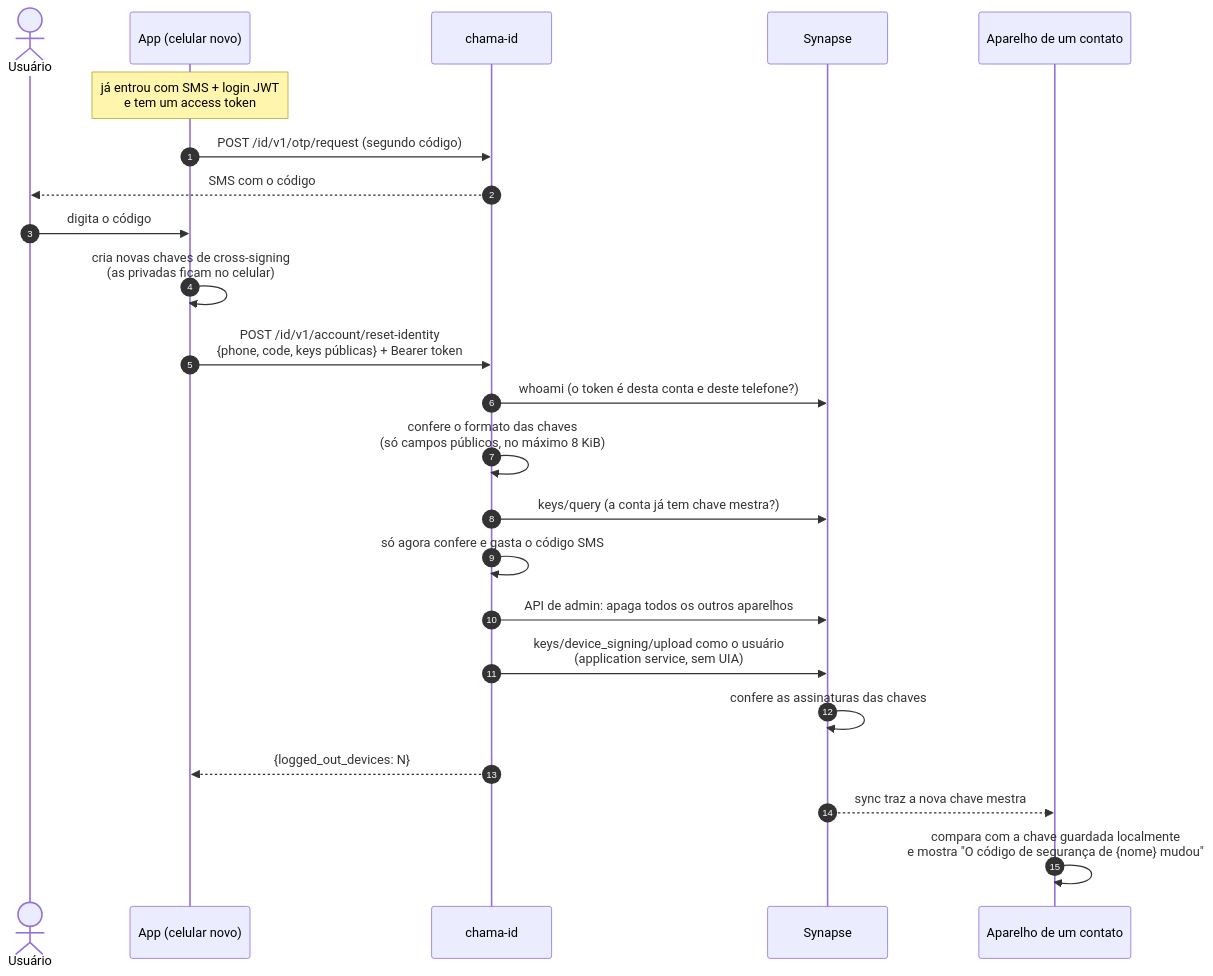
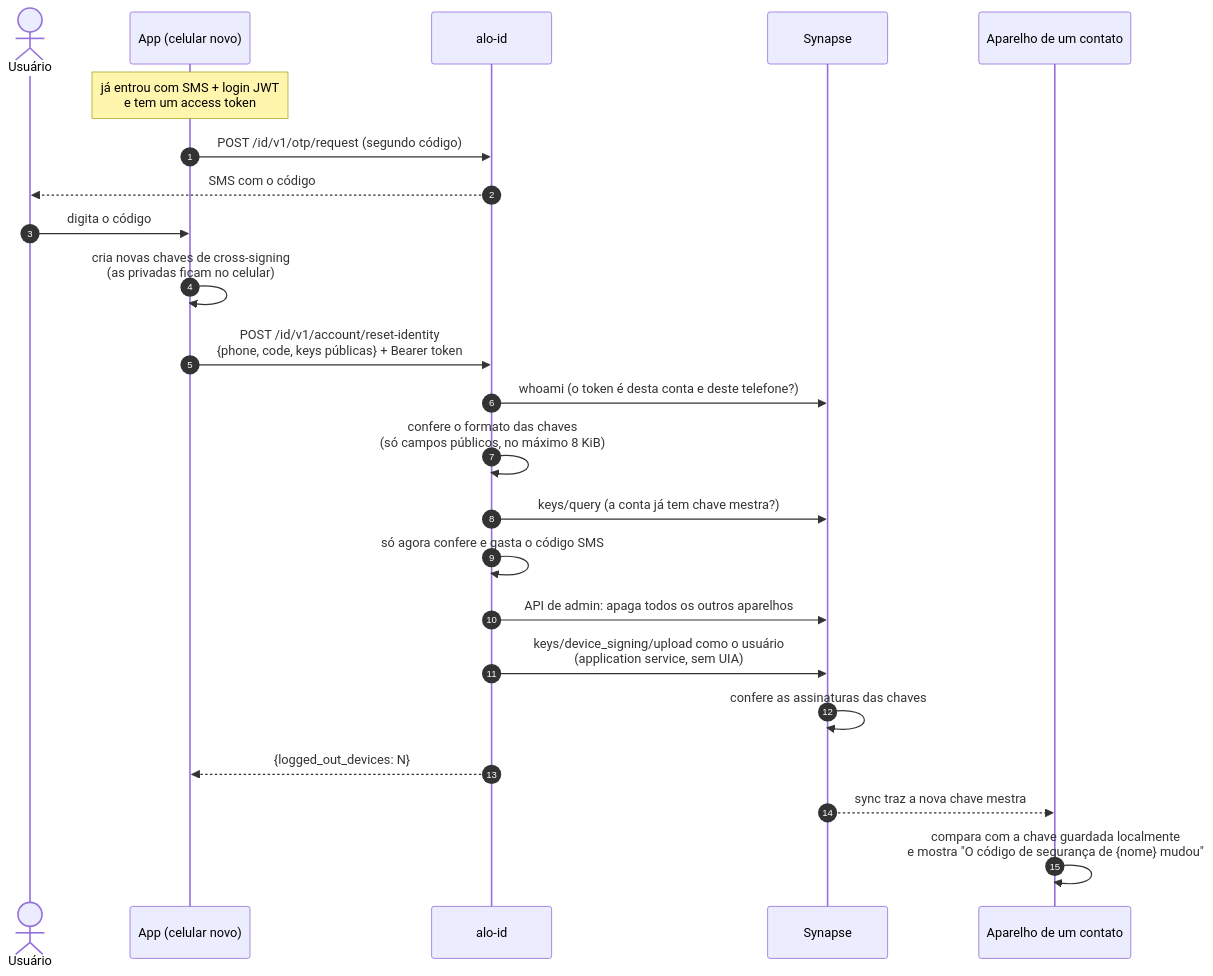
Before and after one commit to kaiomp/alo: the fourth of 8 diagrams in docs/design/2026-10-24-architecture.md, drawn with Mermaid. The commit also changed other lines of this file and 153 other files, not shown here.

First line of the commit message:
Rename chama to alo across code, packages, server and docs

````diff
--- a/docs/design/2026-10-24-architecture.md
+++ b/docs/design/2026-10-24-architecture.md
@@ -363,26 +363,26 @@
 ```mermaid
 sequenceDiagram
     autonumber
     actor U as Usuário
     participant App as App (celular novo)
-    participant ID as chama-id
+    participant ID as alo-id
     participant S as Synapse
     participant C as Aparelho de um contato
 
     Note over App: já entrou com SMS + login JWT<br/>e tem um access token
     App->>ID: POST /id/v1/otp/request (segundo código)
     ID-->>U: SMS com o código
     U->>App: digita o código
     App->>App: cria novas chaves de cross-signing<br/>(as privadas ficam no celular)
     App->>ID: POST /id/v1/account/reset-identity<br/>{phone, code, keys públicas} + Bearer token
     ID->>S: whoami (o token é desta conta e deste telefone?)
     ID->>ID: confere o formato das chaves<br/>(só campos públicos, no máximo 8 KiB)
     ID->>S: keys/query (a conta já tem chave mestra?)
     ID->>ID: só agora confere e gasta o código SMS
     ID->>S: API de admin: apaga todos os outros aparelhos
     ID->>S: keys/device_signing/upload como o usuário<br/>(application service, sem UIA)
     S->>S: confere as assinaturas das chaves
     ID-->>App: {logged_out_devices: N}
     S-->>C: sync traz a nova chave mestra
     C->>C: compara com a chave guardada localmente<br/>e mostra "O código de segurança de {nome} mudou"
 ```
````
